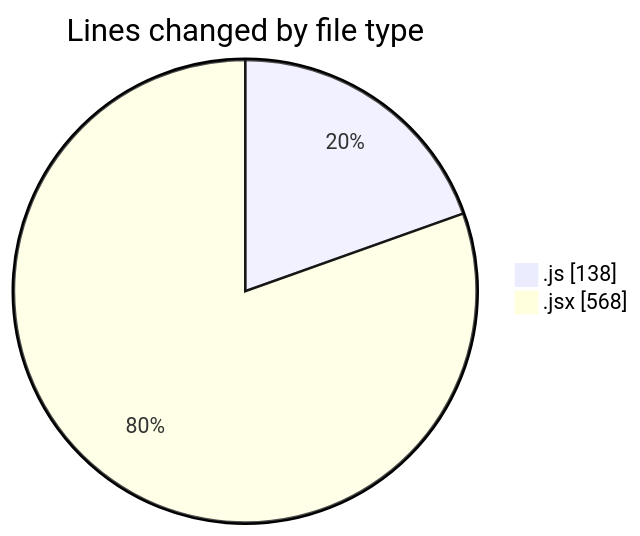
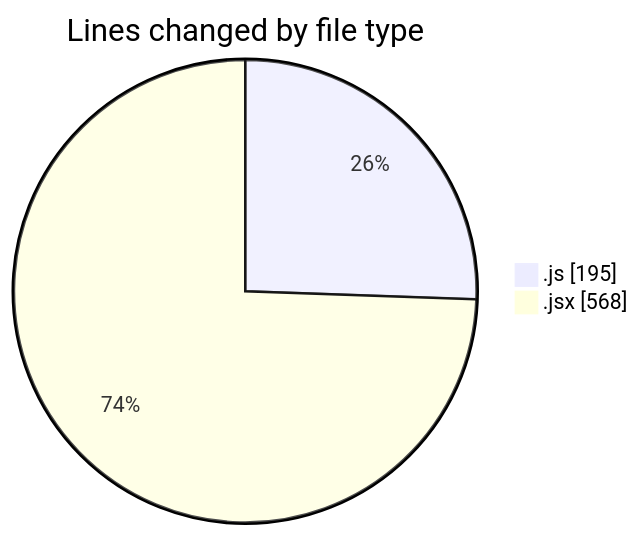
Before and after one commit to nxtqubesakshisongat/code-tracking: the first of 2 diagrams in 2025-06-07/nxtqube_webapp/README.md, drawn with Mermaid. The commit also changed other lines of this file and 1 other file, not shown here.

````diff
--- a/2025-06-07/nxtqube_webapp/README.md
+++ b/2025-06-07/nxtqube_webapp/README.md
@@ -22,6 +23,6 @@
 ```mermaid
 pie showData
 title Lines changed by file type
-".js" : 138
+".js" : 195
 ".jsx" : 568
 ```
````
